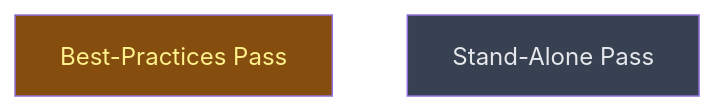
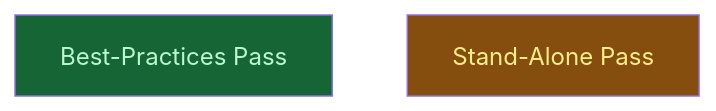
Before and after one commit to CrackingShells/cracking-shells-playbook: the diagram in __roadmap__/writing-release-rework/author/refine/README.md, drawn with Mermaid. The commit also changed other lines of this file and 1 other file, not shown here.

Commit message:
chore(roadmap): close the best-practices pass and start the stand-alone pass

````diff
--- a/__roadmap__/writing-release-rework/author/refine/README.md
+++ b/__roadmap__/writing-release-rework/author/refine/README.md
@@ -21,10 +21,10 @@
 ```mermaid
 graph TD
-    best_practices[Best-Practices Pass]:::inprogress
-    standalone[Stand-Alone Pass]:::planned
+    best_practices[Best-Practices Pass]:::done
+    standalone[Stand-Alone Pass]:::inprogress
     classDef done       fill:#166534,color:#bbf7d0
     classDef inprogress fill:#854d0e,color:#fef08a
     classDef planned    fill:#374151,color:#e5e7eb
     classDef amendment  fill:#1e3a5f,color:#bfdbfe
     classDef blocked    fill:#7f1d1d,color:#fecaca
 ```
````
